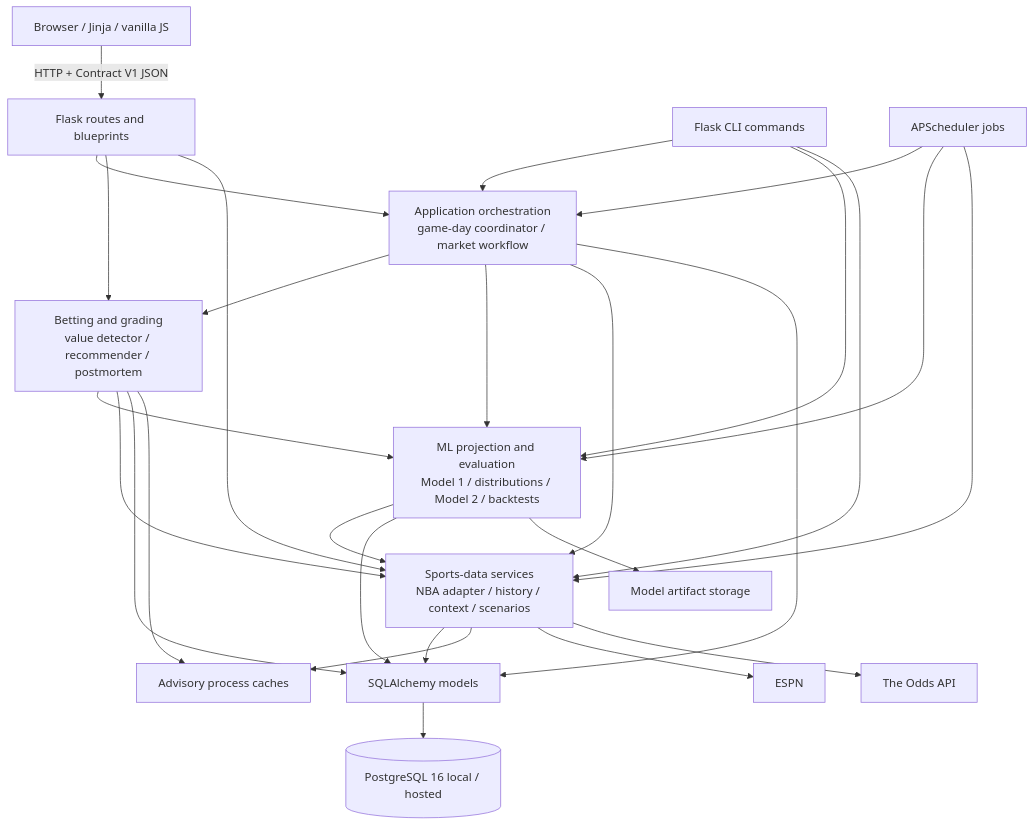
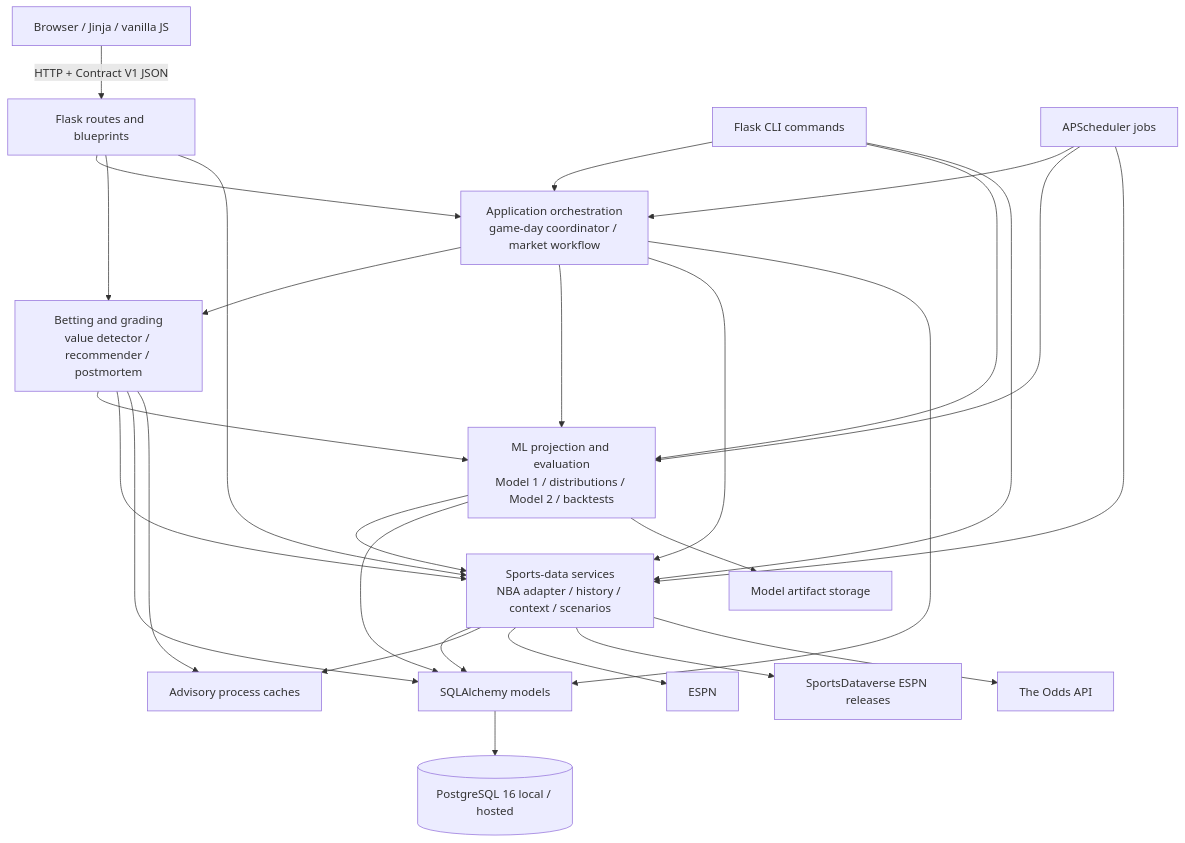
One commit to Moody24/sports_betting_tracker changed the diagram in docs/architecture/system-contract.md. Above: the diagram before and after it, drawn with Mermaid. The commit also changed other lines of this file and 38 other files, not shown here.

````diff
--- a/docs/architecture/system-contract.md
+++ b/docs/architecture/system-contract.md
@@ -54,48 +54,50 @@
 ```mermaid
 flowchart TB
     Browser[Browser / Jinja / vanilla JS]
     HTTP[Flask routes and blueprints]
     CLI[Flask CLI commands]
     Scheduler[APScheduler jobs]
 
     Orchestration[Application orchestration<br/>game-day coordinator / market workflow]
     Betting[Betting and grading<br/>value detector / recommender / postmortem]
     ML[ML projection and evaluation<br/>Model 1 / distributions / Model 2 / backtests]
     Data[Sports-data services<br/>NBA adapter / history / context / scenarios]
     Cache[Advisory process caches]
 
     ORM[SQLAlchemy models]
     Artifacts[Model artifact storage]
     DB[(PostgreSQL 16 local / hosted)]
     ESPN[ESPN]
+    Releases[SportsDataverse ESPN releases]
     Odds[The Odds API]
 
     Browser -->|HTTP + Contract V1 JSON| HTTP
     HTTP --> Orchestration
     HTTP --> Betting
     HTTP --> Data
     CLI --> Orchestration
     CLI --> ML
     CLI --> Data
     Scheduler --> Orchestration
     Scheduler --> ML
     Scheduler --> Data
 
     Orchestration --> Betting
     Orchestration --> ML
     Orchestration --> Data
     Betting --> ML
     Betting --> Data
     ML --> Data
 
     Orchestration --> ORM
     Betting --> ORM
     ML --> ORM
     Data --> ORM
     ML --> Artifacts
     ORM --> DB
     Data --> Cache
     Betting --> Cache
     Data --> ESPN
+    Data --> Releases
     Data --> Odds
 ```
````
